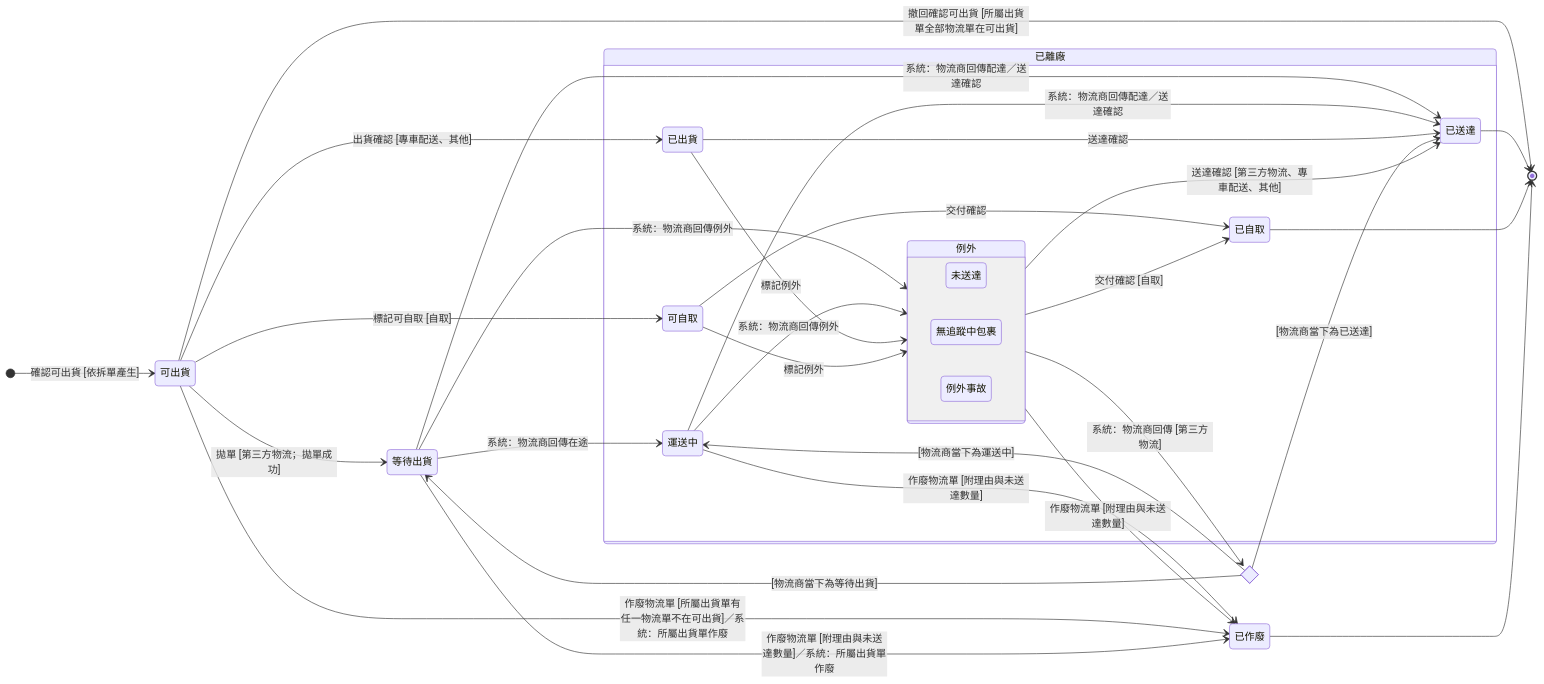
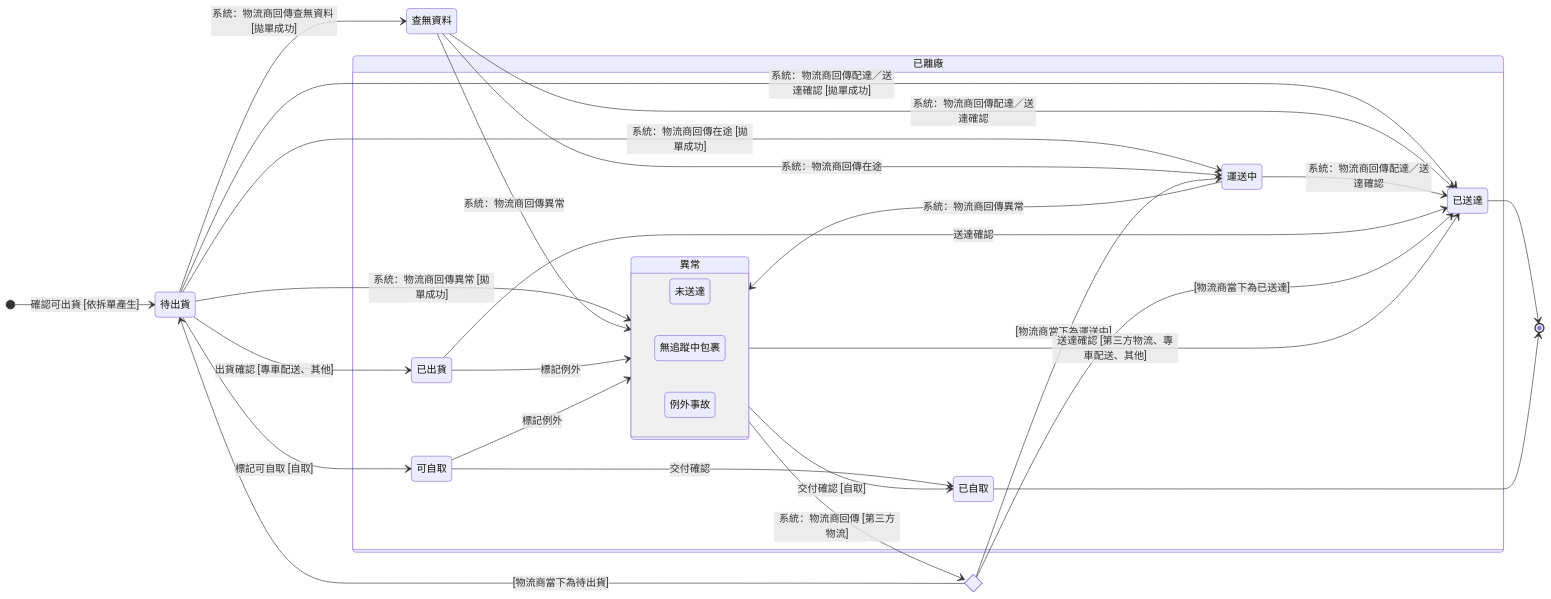
Before and after one commit to Kawato-Miles/erp-spec: the second of 3 diagrams in memory/Sens_wiki/wiki/erp/06-state-machines/物流單狀態.md, drawn with Mermaid. The commit also changed other lines of this file and 51 other files, not shown here.

````diff
--- a/memory/Sens_wiki/wiki/erp/06-state-machines/物流單狀態.md
+++ b/memory/Sens_wiki/wiki/erp/06-state-machines/物流單狀態.md
@@ -61,55 +101,51 @@
 ```mermaid
 stateDiagram-v2
     direction LR
 
-    state "可出貨" as s_ready
-    state "等待出貨" as s_waiting
+    state "待出貨" as g_pending
+    state "查無資料" as g_notfound
 
-    [*] --> s_ready : 確認可出貨 [依拆單產生]
+    [*] --> g_pending : 確認可出貨 [依拆單產生]
 
     state "已離廠" as Left {
         direction LR
-        state "已出貨" as s_shipped
-        state "可自取" as s_pickup
-        state "運送中" as s_transit
-        state "已送達" as s_arrived
-        state "已自取" as s_picked
-        state "例外" as Exc {
+        state "已出貨" as g_shipped
+        state "可自取" as g_pickup
+        state "運送中" as g_transit
+        state "已送達" as g_arrived
+        state "已自取" as g_picked
+        state "異常" as Exc {
             direction LR
             state "未送達" as e_undelivered
             state "無追蹤中包裹" as e_untracked
             state "例外事故" as e_incident
         }
     }
 
-    state "已作廢" as s_void
     state sync <<choice>>
 
-    s_ready --> [*] : 撤回確認可出貨 [所屬出貨單全部物流單在可出貨]
-    s_ready --> s_waiting : 拋單 [第三方物流；拋單成功]
-    s_ready --> s_shipped : 出貨確認 [專車配送、其他]
-    s_ready --> s_pickup : 標記可自取 [自取]
-    s_waiting --> s_transit : 系統：物流商回傳在途
-    s_waiting --> s_arrived : 系統：物流商回傳配達／送達確認
-    s_transit --> s_arrived : 系統：物流商回傳配達／送達確認
-    s_shipped --> s_arrived : 送達確認
-    s_pickup --> s_picked : 交付確認
-    s_waiting --> Exc : 系統：物流商回傳例外
-    s_transit --> Exc : 系統：物流商回傳例外
-    s_shipped --> Exc : 標記例外
-    s_pickup --> Exc : 標記例外
+    g_pending --> g_shipped : 出貨確認 [專車配送、其他]
+    g_pending --> g_pickup : 標記可自取 [自取]
+    g_pending --> g_transit : 系統：物流商回傳在途 [拋單成功]
+    g_pending --> g_arrived : 系統：物流商回傳配達／送達確認 [拋單成功]
+    g_pending --> g_notfound : 系統：物流商回傳查無資料 [拋單成功]
+    g_pending --> Exc : 系統：物流商回傳異常 [拋單成功]
+    g_notfound --> g_transit : 系統：物流商回傳在途
+    g_notfound --> g_arrived : 系統：物流商回傳配達／送達確認
+    g_notfound --> Exc : 系統：物流商回傳異常
+    g_transit --> g_arrived : 系統：物流商回傳配達／送達確認
+    g_transit --> Exc : 系統：物流商回傳異常
+    g_shipped --> g_arrived : 送達確認
+    g_pickup --> g_picked : 交付確認
+    g_shipped --> Exc : 標記例外
+    g_pickup --> Exc : 標記例外
     Exc --> sync : 系統：物流商回傳 [第三方物流]
-    sync --> s_waiting : [物流商當下為等待出貨]
-    sync --> s_transit : [物流商當下為運送中]
-    sync --> s_arrived : [物流商當下為已送達]
-    Exc --> s_arrived : 送達確認 [第三方物流、專車配送、其他]
-    Exc --> s_picked : 交付確認 [自取]
-    Exc --> s_void : 作廢物流單 [附理由與未送達數量]
-    s_ready --> s_void : 作廢物流單 [所屬出貨單有任一物流單不在可出貨]／系統：所屬出貨單作廢
-    s_waiting --> s_void : 作廢物流單 [附理由與未送達數量]／系統：所屬出貨單作廢
-    s_transit --> s_void : 作廢物流單 [附理由與未送達數量]
+    sync --> g_pending : [物流商當下為待出貨]
+    sync --> g_transit : [物流商當下為運送中]
+    sync --> g_arrived : [物流商當下為已送達]
+    Exc --> g_arrived : 送達確認 [第三方物流、專車配送、其他]
+    Exc --> g_picked : 交付確認 [自取]
 
-    s_arrived --> [*]
-    s_picked --> [*]
-    s_void --> [*]
+    g_arrived --> [*]
+    g_picked --> [*]
 ```
````
